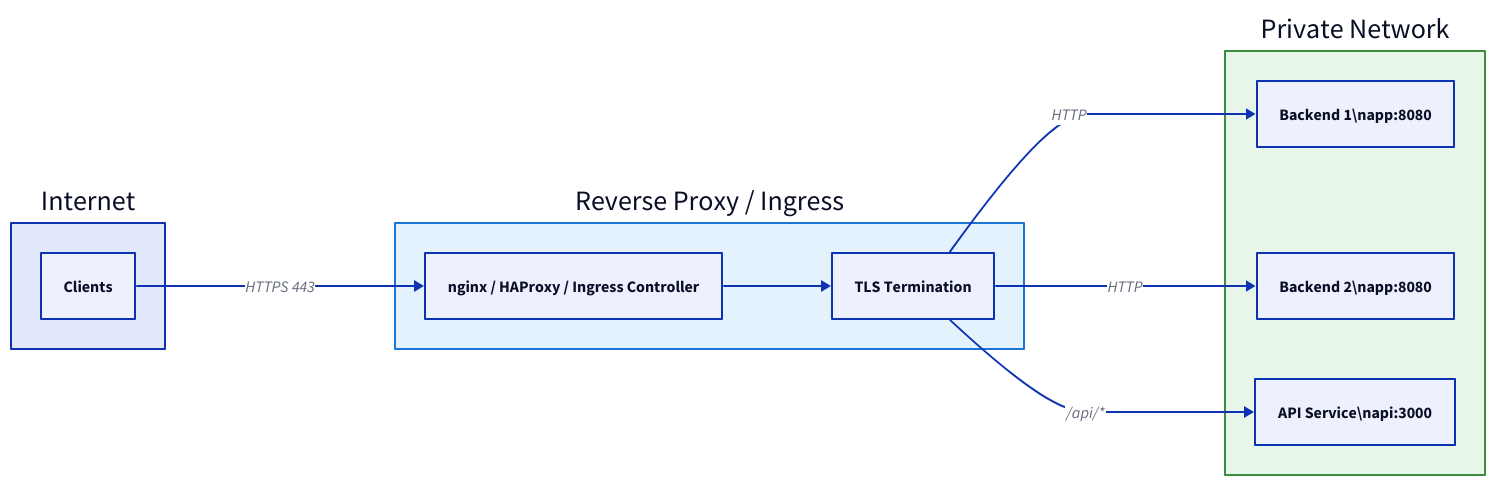
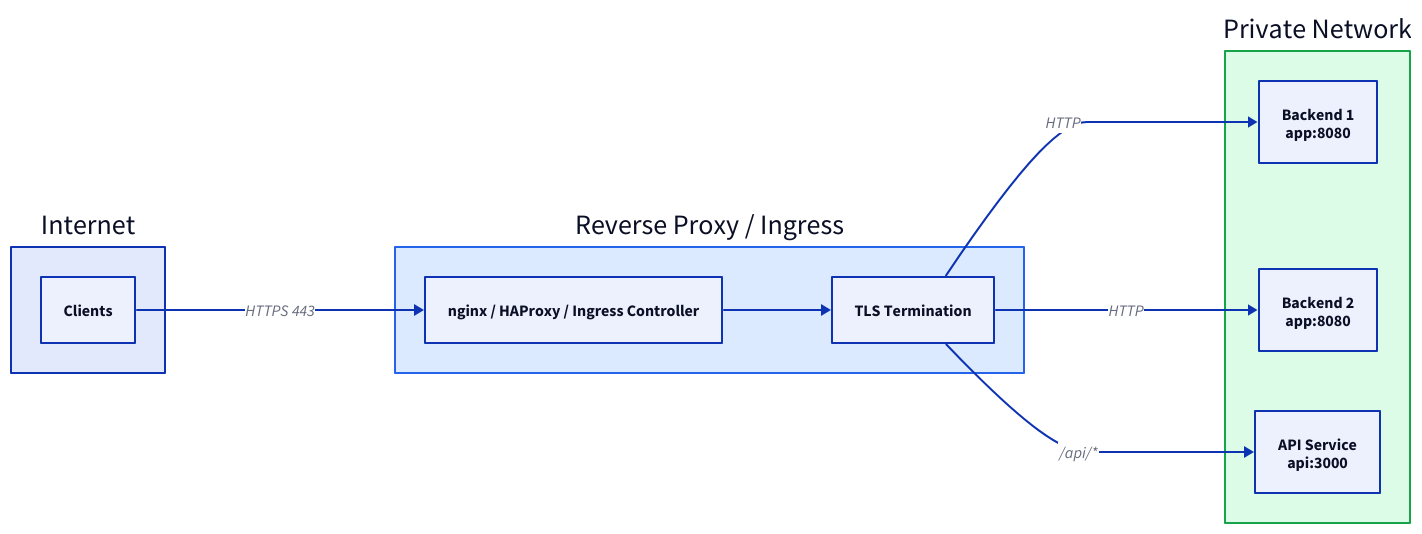
Before and after one commit to rebash-rebash/rebash-academy: the diagram in docs/networking/reverse-proxy-and-ingress-basics.md, drawn with D2. The commit also changed other lines of this file and 177 other files, not shown here.

First line of the commit message:
Ship Terraform track, diagram polish, and new brand favicon.

````diff
--- a/docs/networking/reverse-proxy-and-ingress-basics.md
+++ b/docs/networking/reverse-proxy-and-ingress-basics.md
@@ -56,29 +56,29 @@
 ```d2
 direction: right
 
 Internet: Internet {
         C: Clients
     }
     Edge: "Reverse Proxy / Ingress" {
       style: {
-        fill: "#e3f2fd"
-        stroke: "#1976d2"
+        fill: "#dbeafe"
+        stroke: "#2563eb"
       }
         RP: "nginx / HAProxy / Ingress Controller"
         TLS: "TLS Termination"
     }
     Internal: "Private Network" {
       style: {
-        fill: "#e8f5e9"
-        stroke: "#388e3c"
+        fill: "#dcfce7"
+        stroke: "#16a34a"
       }
-        B1: "Backend 1\\napp:8080"
-        B2: "Backend 2\\napp:8080"
-        API: "API Service\\napi:3000"
+        B1: "Backend 1\napp:8080"
+        B2: "Backend 2\napp:8080"
+        API: "API Service\napi:3000"
     }
     Internet.C -> Edge.RP: "HTTPS 443"
     Edge.RP -> Edge.TLS
     Edge.TLS -> Internal.B1: HTTP
     Edge.TLS -> Internal.B2: HTTP
     Edge.TLS -> Internal.API: "/api/*"
 ```
````
